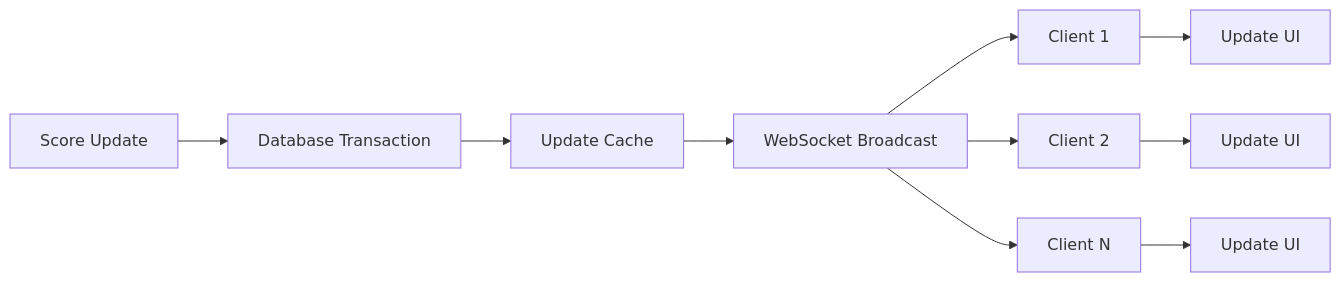
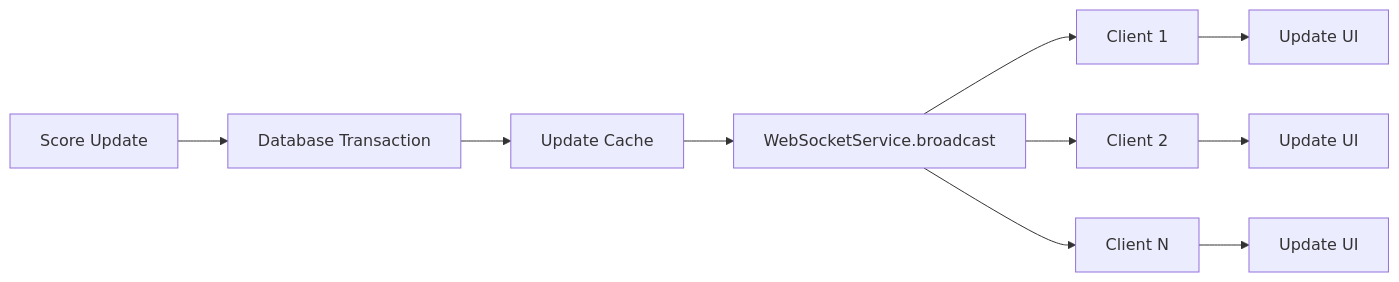
Diagram 20 of 22 in src/problem6/docs/FLOW_DIAGRAM.md (hashcott/code-challenge), drawn with Mermaid before and after one commit. The commit also changed other lines of this file, not shown here.

Commit message:
docs: flow diagram

````diff
--- a/src/problem6/docs/FLOW_DIAGRAM.md
+++ b/src/problem6/docs/FLOW_DIAGRAM.md
@@ -396,12 +442,12 @@
 ```mermaid
 graph LR
     A[Score Update] --> B[Database Transaction]
     B --> C[Update Cache]
-    C --> D[WebSocket Broadcast]
+    C --> D[WebSocketService.broadcast]
     D --> E[Client 1]
     D --> F[Client 2]
     D --> G[Client N]
     E --> H[Update UI]
     F --> I[Update UI]
     G --> J[Update UI]
 ```
````
